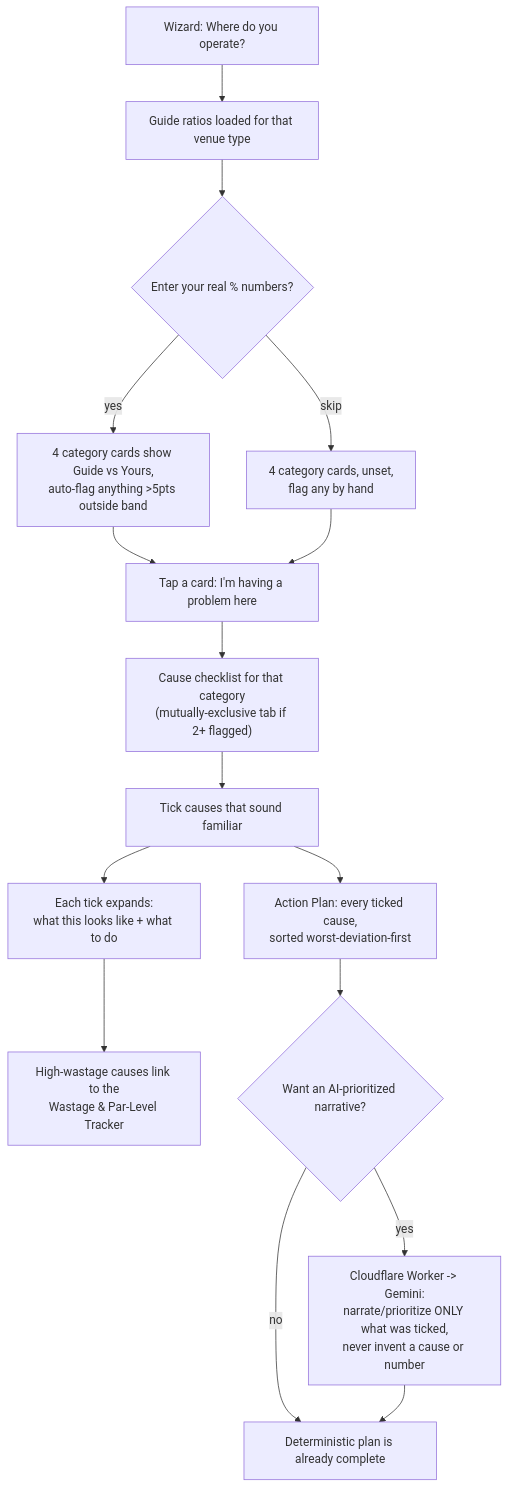
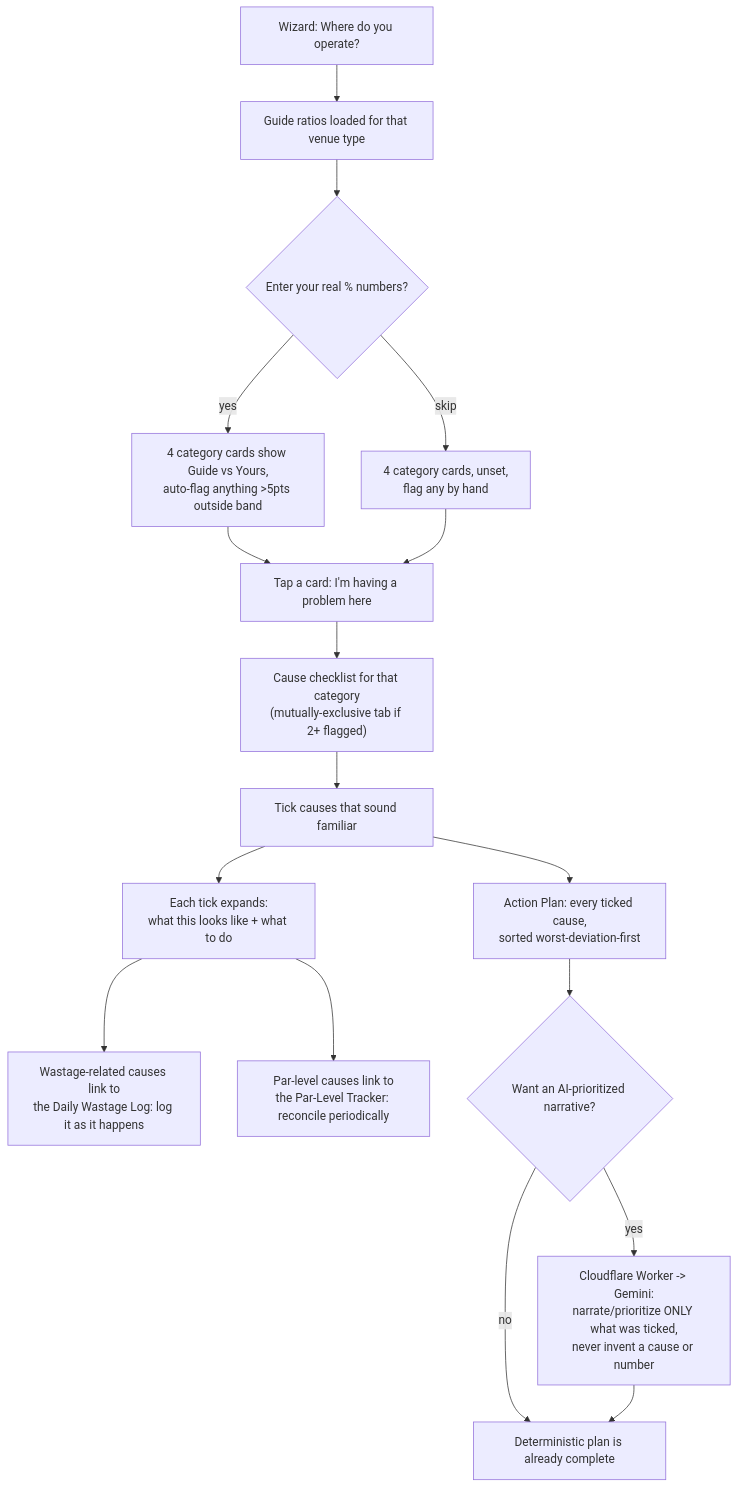
One commit to reysourcez/reysourcez-website changed the diagram in COST_STRUCTURE_CHECKER_NOTES.md. Above: the diagram before and after it, drawn with Mermaid. The commit also changed other lines of this file and 3 other files, not shown here.

````diff
--- a/COST_STRUCTURE_CHECKER_NOTES.md
+++ b/COST_STRUCTURE_CHECKER_NOTES.md
@@ -17,18 +17,19 @@
 ```mermaid
 flowchart TD
     A[Wizard: Where do you operate?] --> B[Guide ratios loaded for that venue type]
     B --> C{Enter your real % numbers?}
     C -- yes --> D[4 category cards show Guide vs Yours,<br/>auto-flag anything &gt;5pts outside band]
     C -- skip --> E[4 category cards, unset,<br/>flag any by hand]
     D --> F[Tap a card: I'm having a problem here]
     E --> F
     F --> G[Cause checklist for that category<br/>&#40mutually-exclusive tab if 2+ flagged&#41]
     G --> H[Tick causes that sound familiar]
     H --> I[Each tick expands:<br/>what this looks like + what to do]
-    I --> J[High-wastage causes link to the<br/>Wastage &amp; Par-Level Tracker]
+    I --> J1[Wastage-related causes link to<br/>the Daily Wastage Log: log it as it happens]
+    I --> J2[Par-level causes link to<br/>the Par-Level Tracker: reconcile periodically]
     H --> K[Action Plan: every ticked cause,<br/>sorted worst-deviation-first]
     K --> L{Want an AI-prioritized narrative?}
     L -- yes --> M[Cloudflare Worker -> Gemini:<br/>narrate/prioritize ONLY what was ticked,<br/>never invent a cause or number]
     L -- no --> N[Deterministic plan is already complete]
     M --> N
 ```
````
